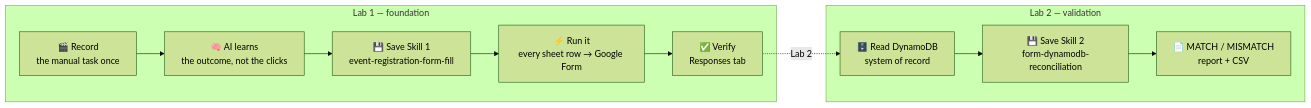
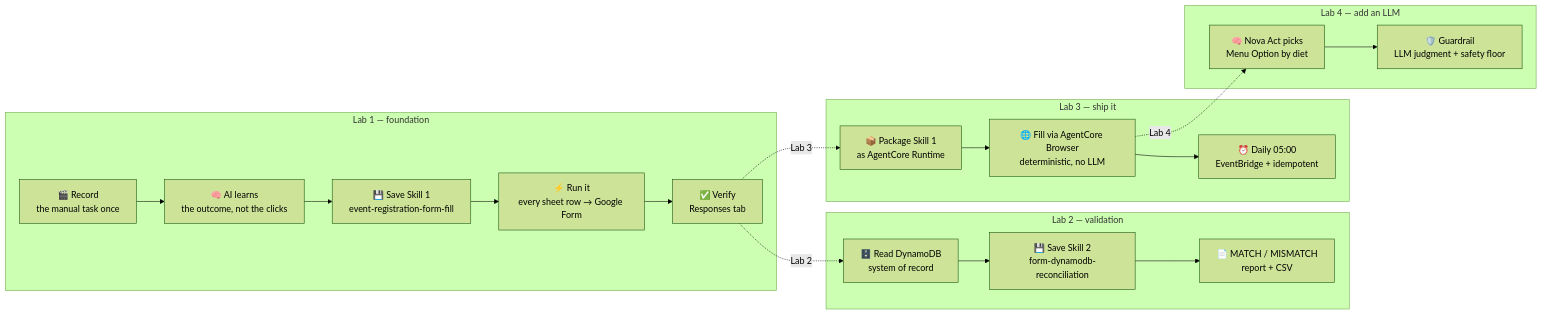
Before and after one commit to dataopslabs-aws/claude-recording-skill-demo: the diagram in README.md, drawn with Mermaid (forest theme). The commit also changed other lines of this file and 65 other files, not shown here.

Commit message:
Add Lab 3/4 architecture images + session deck; add .gitignore; refresh all READMEs

````diff
--- a/README.md
+++ b/README.md
@@ -53,23 +70,37 @@
 ```mermaid
 flowchart LR
     A[🎬 Record<br/>the manual task once] --> B[🧠 AI learns<br/>the outcome, not the clicks]
     B --> C[💾 Save Skill 1<br/>event-registration-form-fill]
     C --> D[⚡ Run it<br/>every sheet row → Google Form]
     D --> E[✅ Verify<br/>Responses tab]
     E -. Lab 2 .-> F[🗄️ Read DynamoDB<br/>system of record]
     F --> G[💾 Save Skill 2<br/>form-dynamodb-reconciliation]
     G --> H[📄 MATCH / MISMATCH<br/>report + CSV]
+    E -. Lab 3 .-> I[📦 Package Skill 1<br/>as AgentCore Runtime]
+    I --> J[🌐 Fill via AgentCore Browser<br/>deterministic, no LLM]
+    J --> K[⏰ Daily 05:00<br/>EventBridge + idempotent]
 
     subgraph Lab1 [Lab 1 — foundation]
       A
       B
       C
       D
       E
     end
     subgraph Lab2 [Lab 2 — validation]
       F
       G
       H
     end
+    subgraph Lab3 [Lab 3 — ship it]
+      I
+      J
+      K
+    end
+    J -. Lab 4 .-> L[🧠 Nova Act picks<br/>Menu Option by diet]
+    L --> M[🛡️ Guardrail<br/>LLM judgment + safety floor]
+    subgraph Lab4 [Lab 4 — add an LLM]
+      L
+      M
+    end
 ```
````
